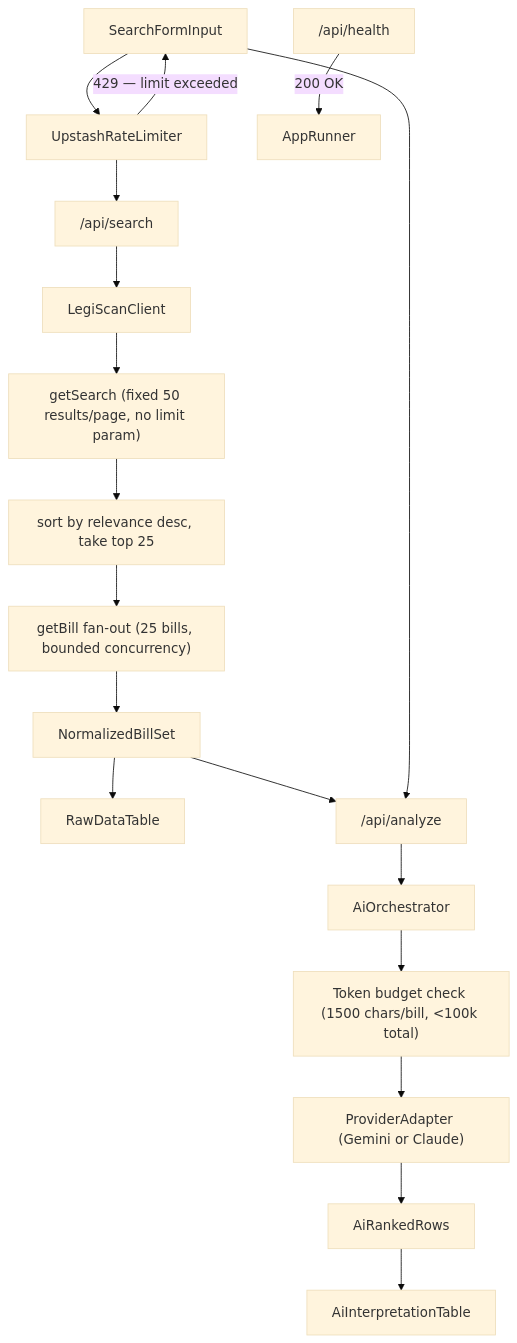
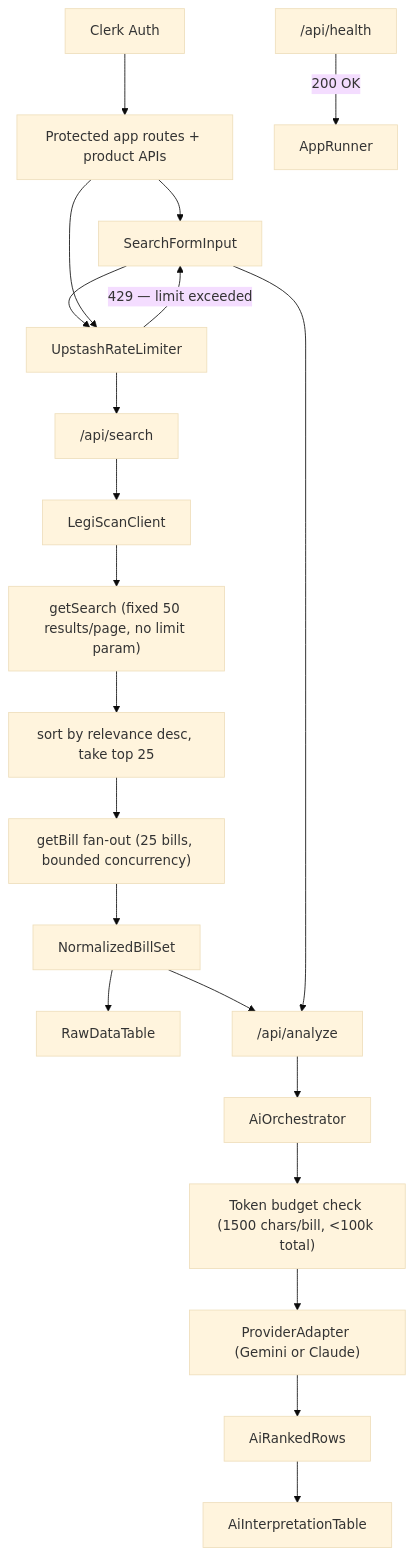
One commit to reesewesterhoff/advocata changed the diagram in implementation.md. Above: the diagram before and after it, drawn with Mermaid (base theme). The commit also changed other lines of this file, not shown here.

Commit message:
create auth implementation step

````diff
--- a/implementation.md
+++ b/implementation.md
@@ -387,20 +432,23 @@
 ```mermaid
 flowchart TD
     userInput[SearchFormInput] --> rateLimiter[UpstashRateLimiter]
     rateLimiter -->|"429 — limit exceeded"| userInput
+    clerk[Clerk Auth] --> protectedApp["Protected app routes + product APIs"]
+    protectedApp --> userInput
+    protectedApp --> rateLimiter
     rateLimiter --> searchRoute["/api/search"]
     searchRoute --> legiscanClient[LegiScanClient]
     legiscanClient --> getSearch["getSearch (fixed 50 results/page, no limit param)"]
     getSearch --> relevanceSort["sort by relevance desc, take top 25"]
     relevanceSort --> billFanOut["getBill fan-out (25 bills, bounded concurrency)"]
     billFanOut --> normalizedBills[NormalizedBillSet]
     normalizedBills --> rawTable[RawDataTable]
     normalizedBills --> analyzeRoute["/api/analyze"]
     userInput --> analyzeRoute
     analyzeRoute --> aiOrchestrator[AiOrchestrator]
     aiOrchestrator --> tokenBudget["Token budget check (1500 chars/bill, <100k total)"]
     tokenBudget --> providerAdapter["ProviderAdapter (Gemini or Claude)"]
     providerAdapter --> aiRankedRows[AiRankedRows]
     aiRankedRows --> rankedTable[AiInterpretationTable]
     healthCheck["/api/health"] -->|"200 OK"| appRunner[AppRunner]
 ```
````
